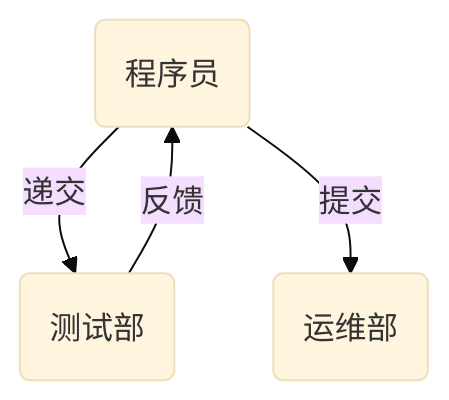
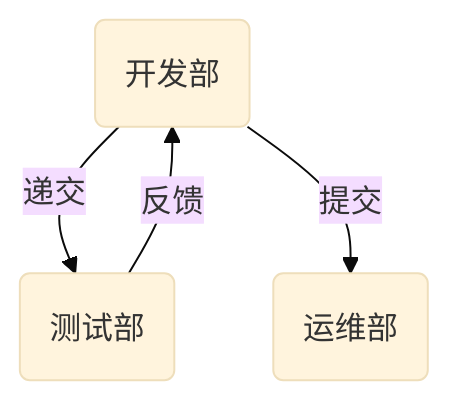
Before and after one commit to tonggh220/md_5_nsd_notes: the first of 3 diagrams in nsd2005/devops/day04/nsd2005-devops-day04.md, drawn with Mermaid (base theme). The commit also changed 1 other file, not shown here.

Commit message:
nsd2004 devops day05 9:20

````diff
--- a/nsd2005/devops/day04/nsd2005-devops-day04.md
+++ b/nsd2005/devops/day04/nsd2005-devops-day04.md
@@ -11,6 +11,6 @@
 ```mermaid
 graph TD
-dev(程序员)--递交-->qs(测试部)
+dev(开发部)--递交-->qs(测试部)
 qs--反馈-->dev
 dev--提交-->ops(运维部)
 ```
````
